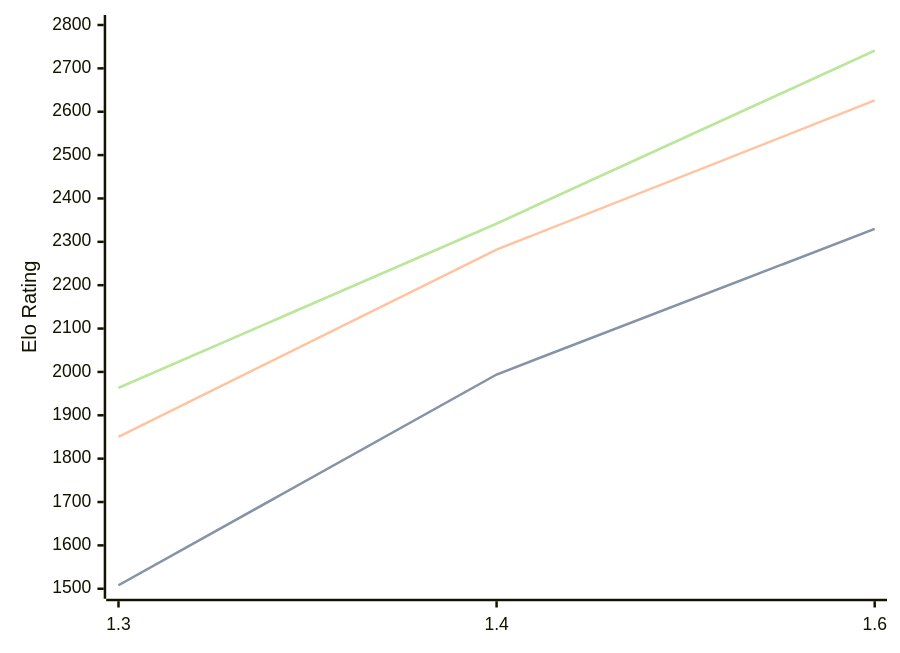
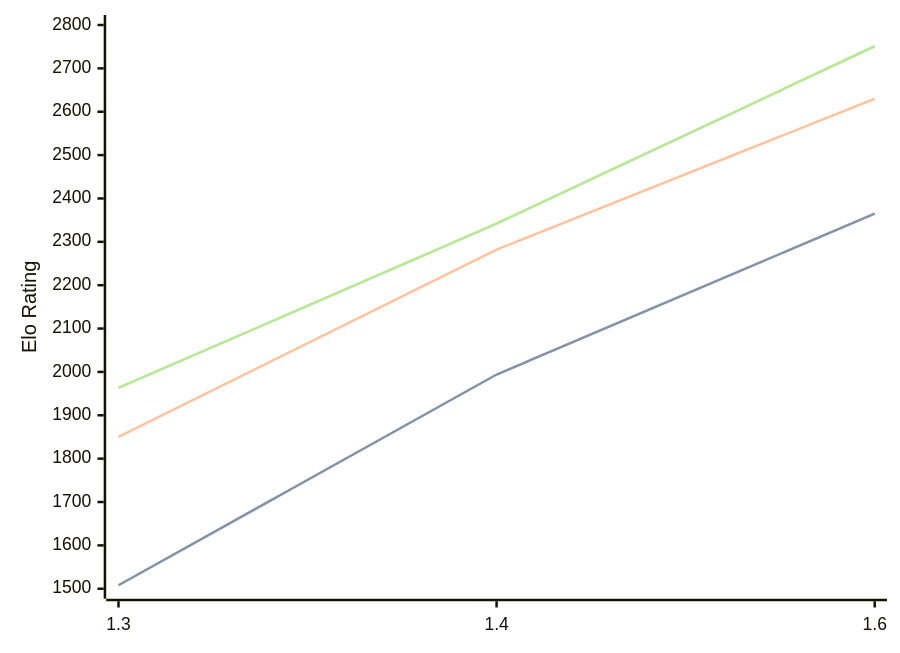
The first of 3 diagrams in engines/Facon.md (computer-chess-index/cci), drawn with Mermaid before and after one commit. The commit also changed other lines of this file, not shown here.

Commit message:
Update CCI Ratings (ELO VLTC) - 2026-06-17

````diff
--- a/engines/Facon.md
+++ b/engines/Facon.md
@@ -37,11 +37,11 @@
 ```mermaid
 %%{init: {"theme":"base","themeVariables":{"seriesColors:['#a3a3a3','#222221','#faa371']}}}%%
 xychart-beta
   x-axis ["1.3", "1.4", "1.6"]
   y-axis "Elo Rating" 1500 --> 2800
-  line "STC (8.0+0.08s)" [1508, 1994, 2330]
-  line "STC (8.0+0.08s)" [1508, 1994, 2330]
-  line "LTC (60.0+0.60s)" [1850, 2282, 2626]
-  line "VLTC (2m24s+1.12s)" [1963, 2342, 2741]
-  line "VLTC (2m24s+1.12s)" [1963, 2342, 2741]
+  line "STC (8.0+0.08s)" [1508, 1994, 2365]
+  line "STC (8.0+0.08s)" [1508, 1994, 2365]
+  line "LTC (60.0+0.60s)" [1850, 2282, 2630]
+  line "VLTC (2m24s+1.12s)" [1963, 2342, 2751]
+  line "VLTC (2m24s+1.12s)" [1963, 2342, 2751]
 ```
````
